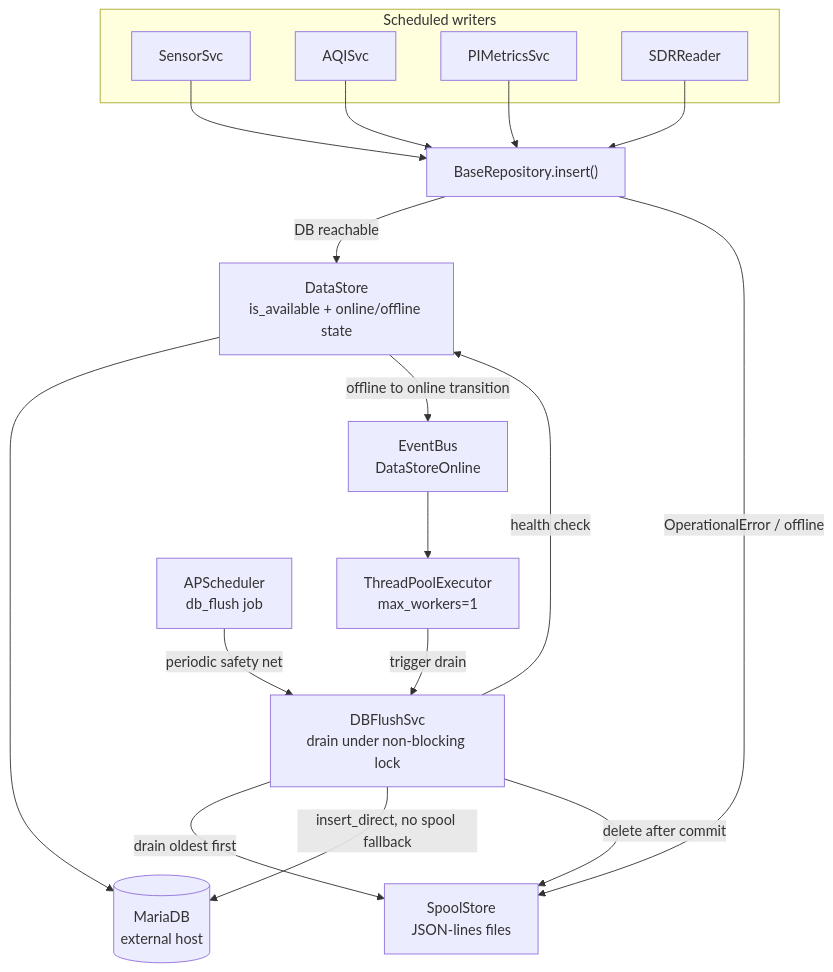
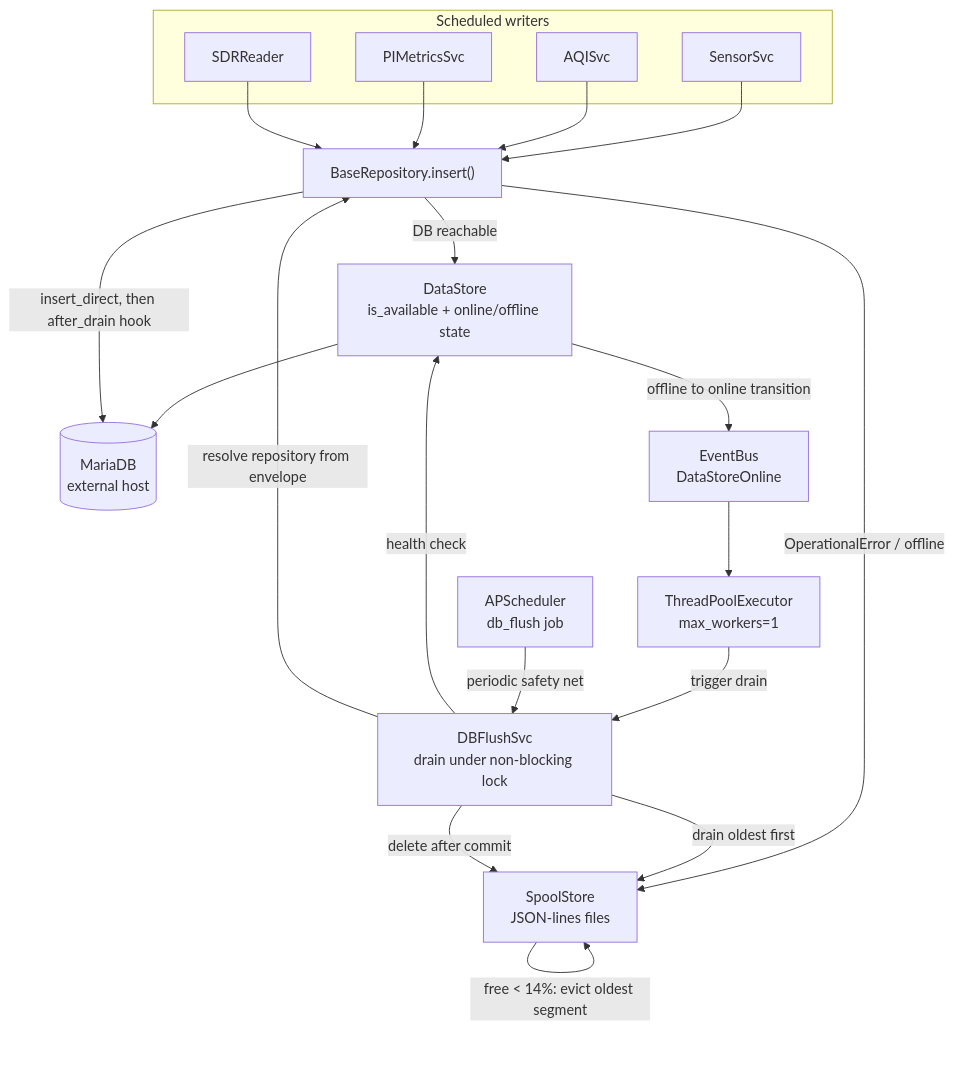
Before and after one commit to tim-oe/WeatherWatch: the diagram in .cursor/plans/offline_spool_store_de6e98d4.plan.md, drawn with Mermaid. The commit also changed other lines of this file and 57 other files, not shown here.

````diff
--- a/.cursor/plans/offline_spool_store_de6e98d4.plan.md
+++ b/.cursor/plans/offline_spool_store_de6e98d4.plan.md
@@ -94,37 +108,39 @@
 ```mermaid
 flowchart TB
     subgraph writers [Scheduled writers]
         SS[SensorSvc]
         AQ[AQISvc]
         PM[PIMetricsSvc]
         SDR[SDRReader]
     end
 
     BR["BaseRepository.insert()"]
     DS["DataStore\nis_available + online/offline state"]
     DB[(MariaDB\nexternal host)]
     SP["SpoolStore\nJSON-lines files"]
     FL["DBFlushSvc\ndrain under non-blocking lock"]
     EB["EventBus\nDataStoreOnline"]
     POOL["ThreadPoolExecutor\nmax_workers=1"]
     CRON["APScheduler\ndb_flush job"]
 
     SS --> BR
     AQ --> BR
     PM --> BR
     SDR --> BR
 
     BR -->|"DB reachable"| DS
     DS --> DB
     BR -->|"OperationalError / offline"| SP
 
     DS -->|"offline to online transition"| EB
     EB --> POOL
     POOL -->|"trigger drain"| FL
     CRON -->|"periodic safety net"| FL
 
     FL -->|"health check"| DS
     FL -->|"drain oldest first"| SP
-    FL -->|"insert_direct, no spool fallback"| DB
+    FL -->|"resolve repository from envelope"| BR
+    BR -->|"insert_direct, then after_drain hook"| DB
     FL -->|"delete after commit"| SP
+    SP -->|"free < 14%: evict oldest segment"| SP
 ```
````
